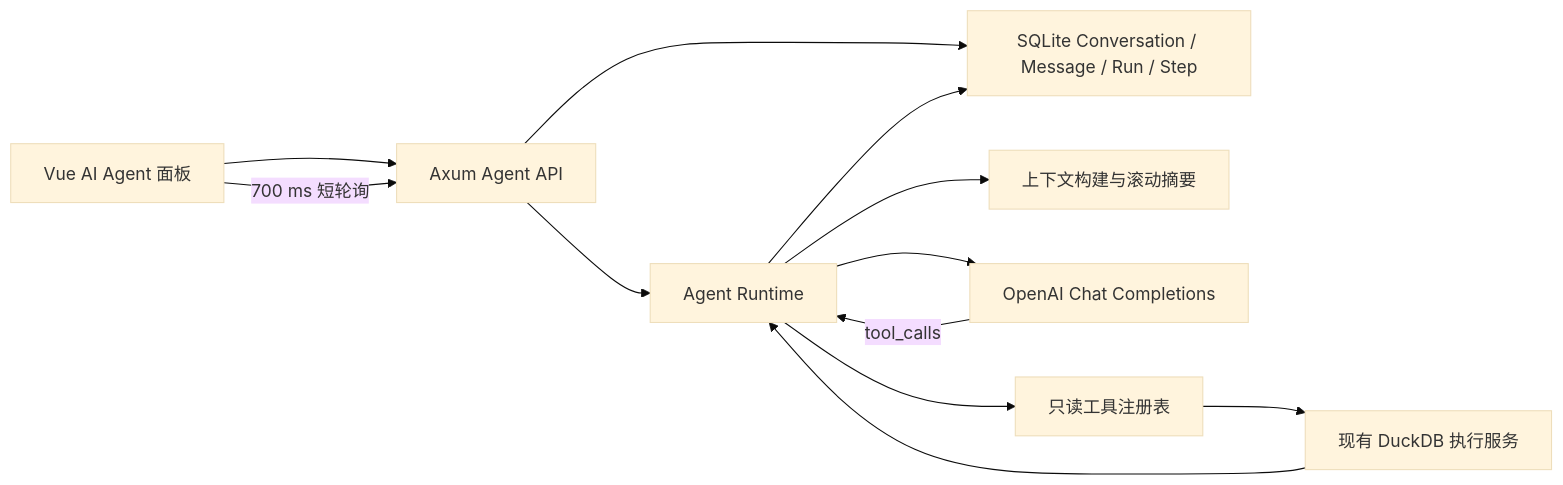
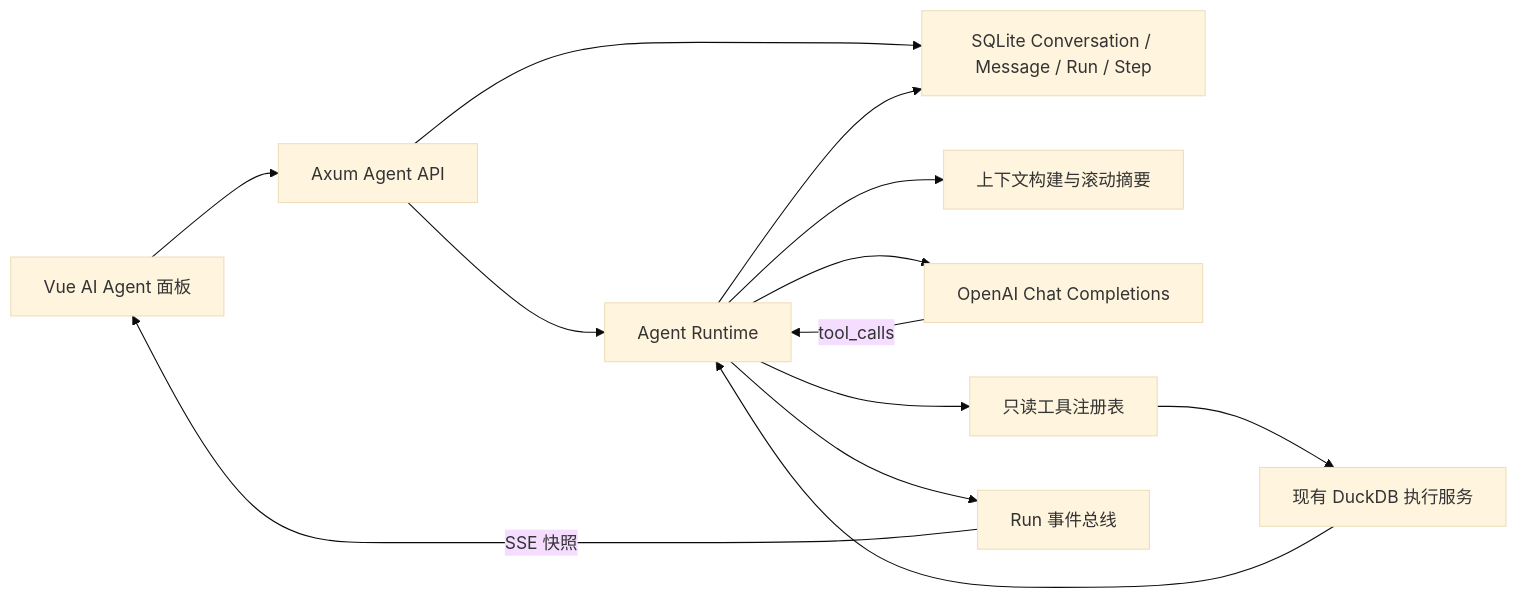
The first of 2 diagrams in docs/17-ai-agent-runtime.md (Ling0925/AnyDatas), drawn with Mermaid (base theme) before and after one commit. The commit also changed other lines of this file and 11 other files, not shown here.

````diff
--- a/docs/17-ai-agent-runtime.md
+++ b/docs/17-ai-agent-runtime.md
@@ -19,14 +19,15 @@
 ```mermaid
 flowchart LR
     UI["Vue AI Agent 面板"] --> API["Axum Agent API"]
     API --> DB["SQLite Conversation / Message / Run / Step"]
     API --> RT["Agent Runtime"]
     RT --> CTX["上下文构建与滚动摘要"]
     RT --> LLM["OpenAI Chat Completions"]
     LLM -->|"tool_calls"| RT
     RT --> TOOLS["只读工具注册表"]
     TOOLS --> QE["现有 DuckDB 执行服务"]
     QE --> RT
     RT --> DB
-    UI -->|"700 ms 短轮询"| API
+    RT --> HUB["Run 事件总线"]
+    HUB -->|"SSE 快照"| UI
 ```
````
